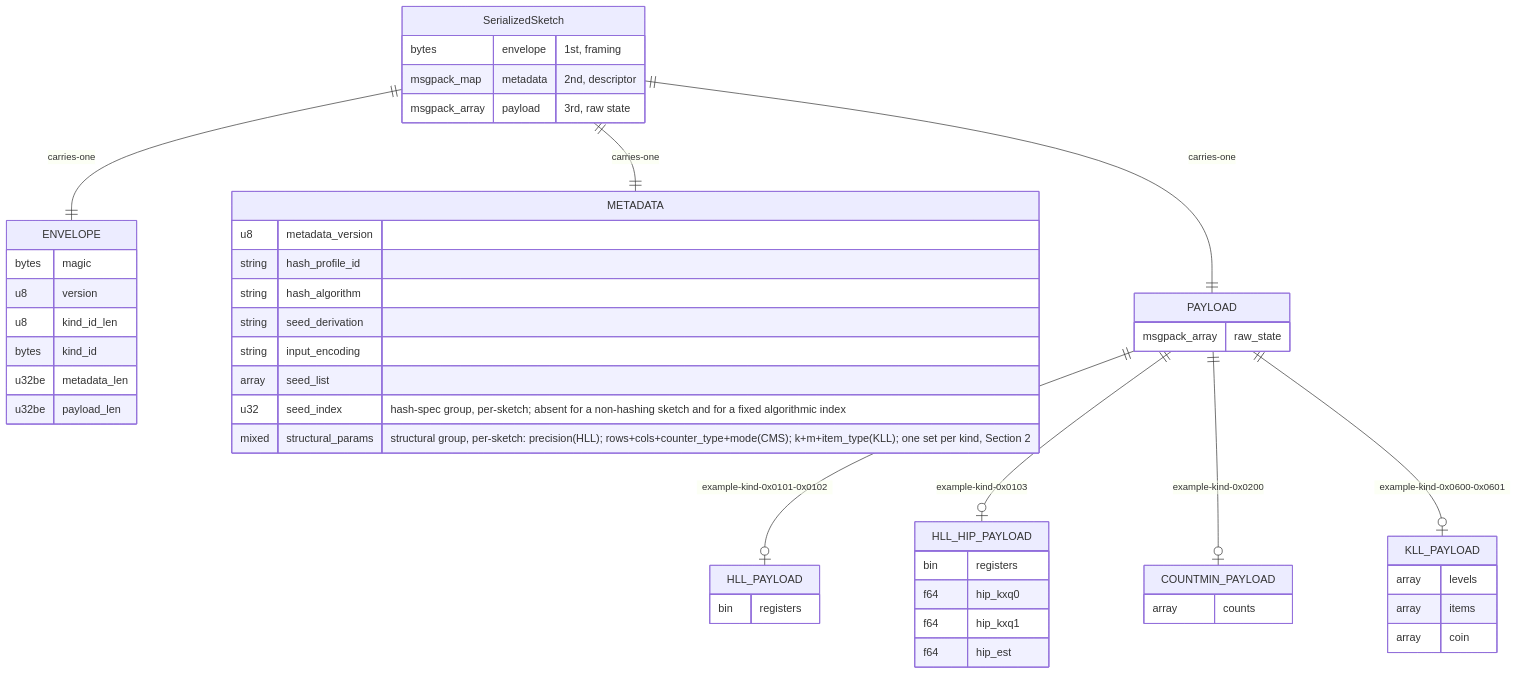
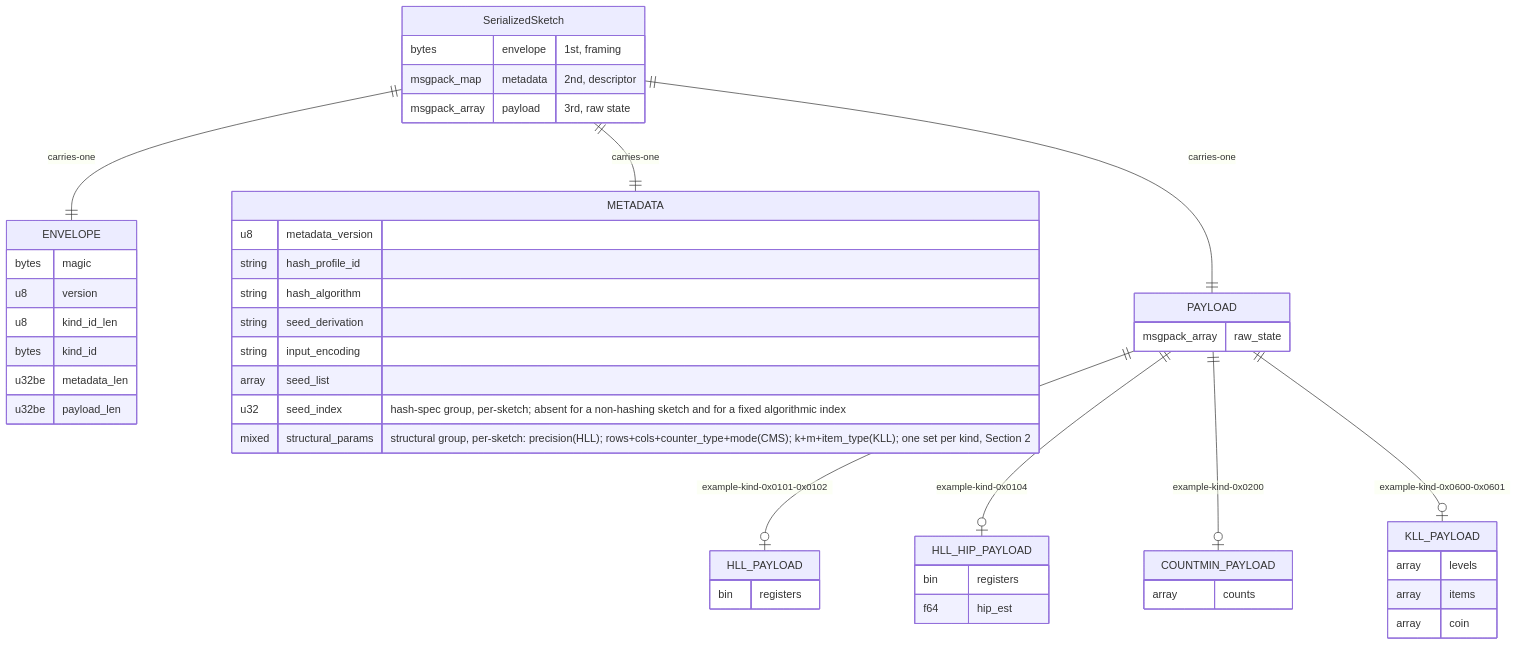
One commit to ProjectASAP/asap_sketchlib changed the diagram in docs/asapv1_wire_format.md. Above: the diagram before and after it, drawn with Mermaid. The commit also changed other lines of this file and 14 other files, not shown here.

First line of the commit message:
feat(hll)!: HIP drops kxq0/kxq1 from the wire under kind 01 04 (#257)

````diff
--- a/docs/asapv1_wire_format.md
+++ b/docs/asapv1_wire_format.md
@@ -65,53 +65,51 @@
 ```mermaid
 erDiagram
     SerializedSketch {
         bytes envelope "1st, framing"
         msgpack_map metadata "2nd, descriptor"
         msgpack_array payload "3rd, raw state"
     }
     SerializedSketch ||--|| ENVELOPE : carries-one
     SerializedSketch ||--|| METADATA : carries-one
     SerializedSketch ||--|| PAYLOAD : carries-one
     PAYLOAD ||--o| HLL_PAYLOAD : example-kind-0x0101-0x0102
-    PAYLOAD ||--o| HLL_HIP_PAYLOAD : example-kind-0x0103
+    PAYLOAD ||--o| HLL_HIP_PAYLOAD : example-kind-0x0104
     PAYLOAD ||--o| COUNTMIN_PAYLOAD : example-kind-0x0200
     PAYLOAD ||--o| KLL_PAYLOAD : example-kind-0x0600-0x0601
     ENVELOPE {
         bytes magic
         u8 version
         u8 kind_id_len
         bytes kind_id
         u32be metadata_len
         u32be payload_len
     }
     METADATA {
         u8 metadata_version
         string hash_profile_id
         string hash_algorithm
         string seed_derivation
         string input_encoding
         array seed_list
         u32 seed_index "hash-spec group, per-sketch; absent for a non-hashing sketch and for a fixed algorithmic index"
         mixed structural_params "structural group, per-sketch: precision(HLL); rows+cols+counter_type+mode(CMS); k+m+item_type(KLL); one set per kind, Section 2"
     }
     PAYLOAD {
         msgpack_array raw_state
     }
     HLL_PAYLOAD {
         bin registers
     }
     HLL_HIP_PAYLOAD {
         bin registers
-        f64 hip_kxq0
-        f64 hip_kxq1
         f64 hip_est
     }
     COUNTMIN_PAYLOAD {
         array counts
     }
     KLL_PAYLOAD {
         array levels
         array items
         array coin
     }
 ```
````
